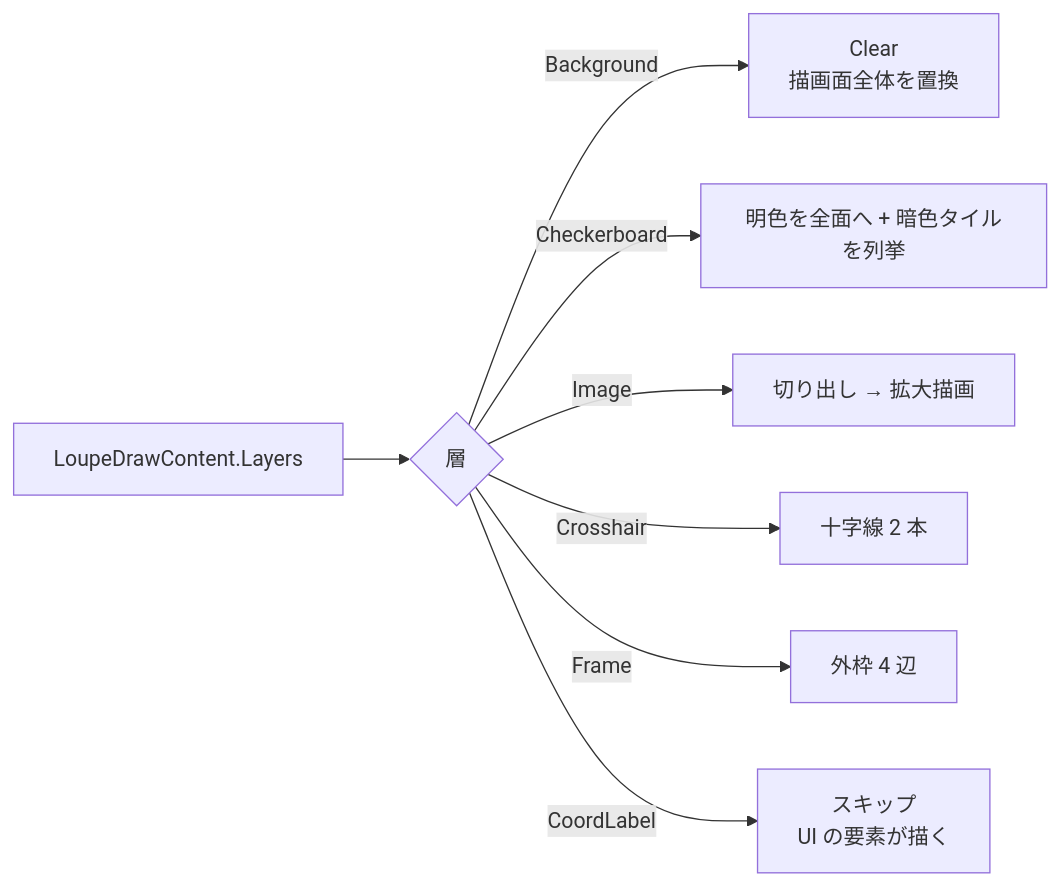
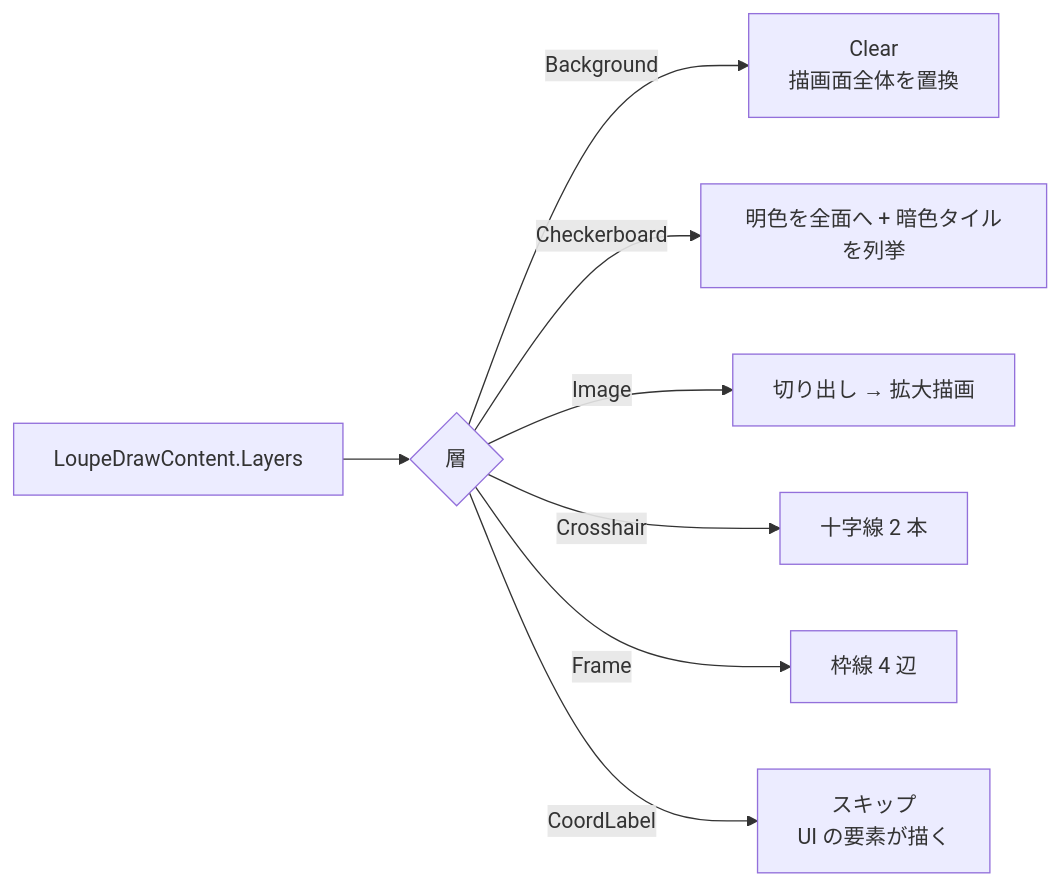
Before and after one commit to tomokuni/SaveEvidence: the second of 3 diagrams in src/LoupeControl.UIBase/SPEC_System.md, drawn with Mermaid. The commit also changed other lines of this file and 60 other files, not shown here.

````diff
--- a/src/LoupeControl.UIBase/SPEC_System.md
+++ b/src/LoupeControl.UIBase/SPEC_System.md
@@ -75,10 +75,10 @@
 ```mermaid
 flowchart LR
     A[LoupeDrawContent.Layers] --> B{層}
     B -->|Background| C[Clear<br/>描画面全体を置換]
     B -->|Checkerboard| D[明色を全面へ + 暗色タイルを列挙]
     B -->|Image| E[切り出し → 拡大描画]
     B -->|Crosshair| F[十字線 2 本]
-    B -->|Frame| G[外枠 4 辺]
+    B -->|Frame| G[枠線 4 辺]
     B -->|CoordLabel| H[スキップ<br/>UI の要素が描く]
 ```
````
